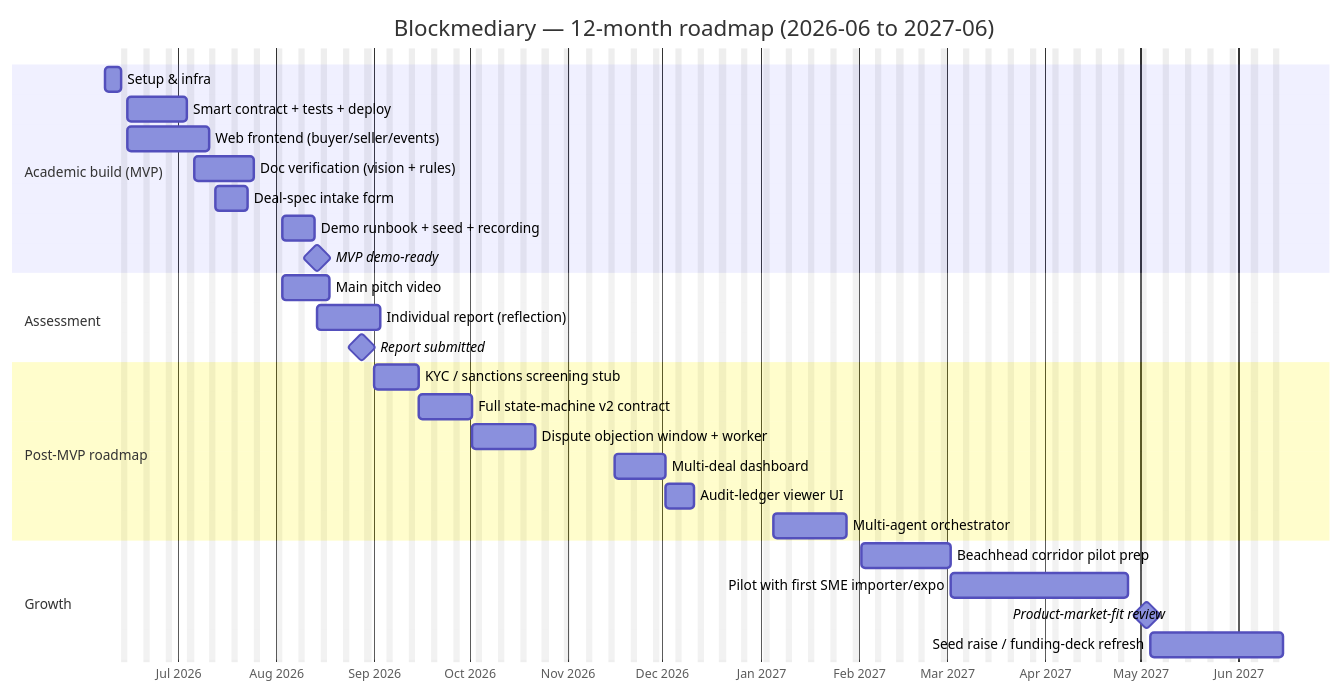
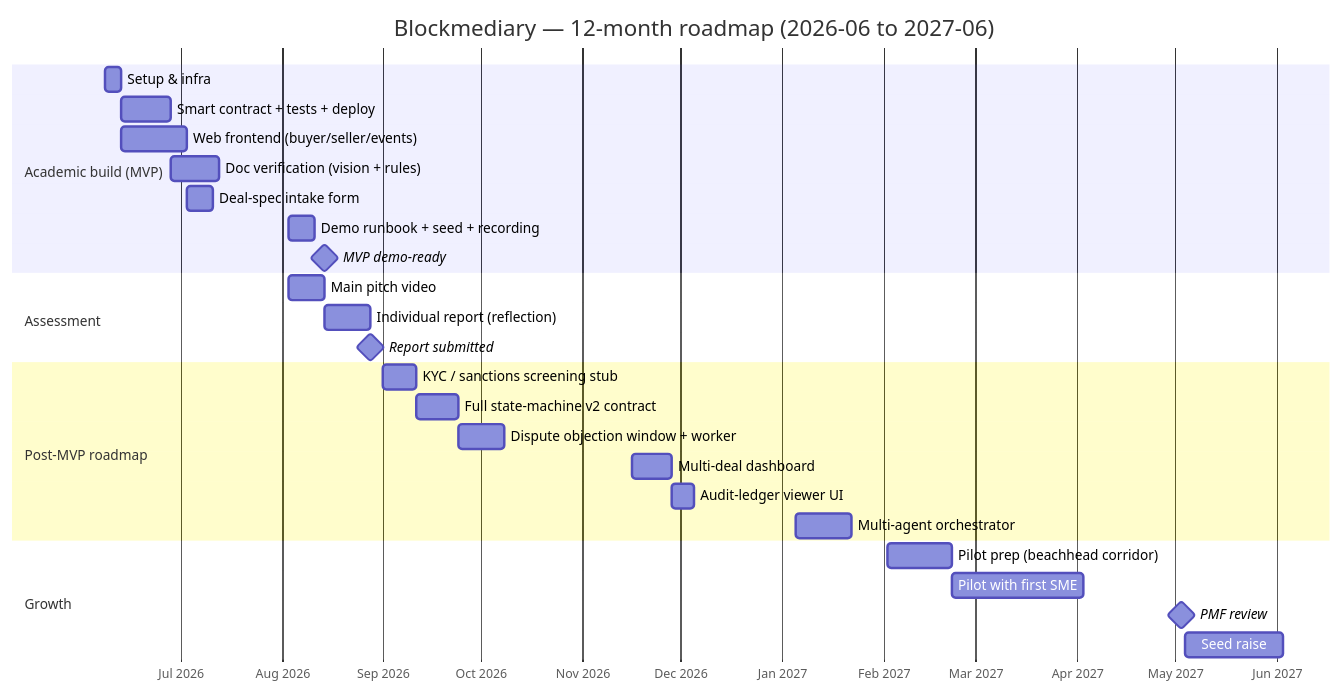
The diagram in proposal/sizing.md (nchengg/BlockMed), drawn with Mermaid before and after one commit.

Commit message:
Cleaner GAANT

````diff
--- a/proposal/sizing.md
+++ b/proposal/sizing.md
@@ -78,35 +78,36 @@
 ```mermaid
 gantt
     title Blockmediary — 12-month roadmap (2026-06 to 2027-06)
     dateFormat YYYY-MM-DD
     axisFormat %b %Y
-    excludes weekends
+    tickInterval 1month
+    weekday monday
 
     section Academic build (MVP)
     Setup & infra                       :a1, 2026-06-08, 5d
     Smart contract + tests + deploy     :a2, after a1, 15d
     Web frontend (buyer/seller/events)  :a3, after a1, 20d
     Doc verification (vision + rules)   :a4, after a2, 15d
     Deal-spec intake form               :a5, after a3, 8d
     Demo runbook + seed + recording     :a6, 2026-08-03, 8d
     MVP demo-ready                      :milestone, m1, 2026-08-14, 0d
 
     section Assessment
     Main pitch video                    :b1, 2026-08-03, 11d
     Individual report (reflection)      :b2, 2026-08-14, 14d
     Report submitted                    :milestone, m2, 2026-08-28, 0d
 
     section Post-MVP roadmap
     KYC / sanctions screening stub      :c1, 2026-09-01, 10d
     Full state-machine v2 contract      :c2, after c1, 13d
     Dispute objection window + worker   :c3, after c2, 14d
     Multi-deal dashboard                :c4, 2026-11-16, 12d
     Audit-ledger viewer UI              :c5, after c4, 7d
     Multi-agent orchestrator            :c6, 2027-01-05, 17d
 
     section Growth
-    Beachhead corridor pilot prep       :d1, 2027-02-02, 20d
-    Pilot with first SME importer/expo  :d2, after d1, 40d
-    Product-market-fit review           :milestone, m3, 2027-05-03, 0d
-    Seed raise / funding-deck refresh   :d3, 2027-05-04, 30d
+    Pilot prep (beachhead corridor)     :d1, 2027-02-02, 20d
+    Pilot with first SME              :d2, after d1, 40d
+    PMF review                          :milestone, m3, 2027-05-03, 0d
+    Seed raise                       :d3, 2027-05-04, 30d
 ```
````
